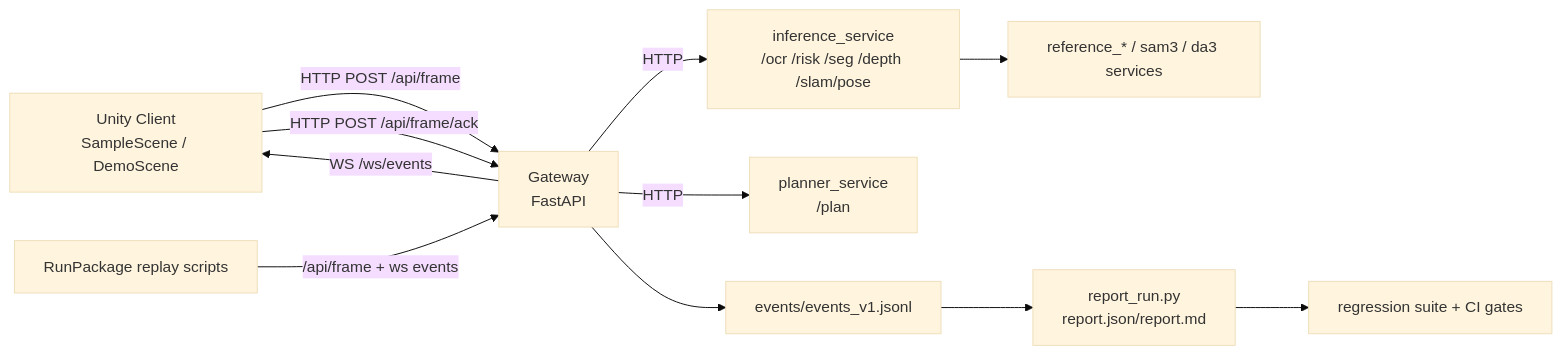
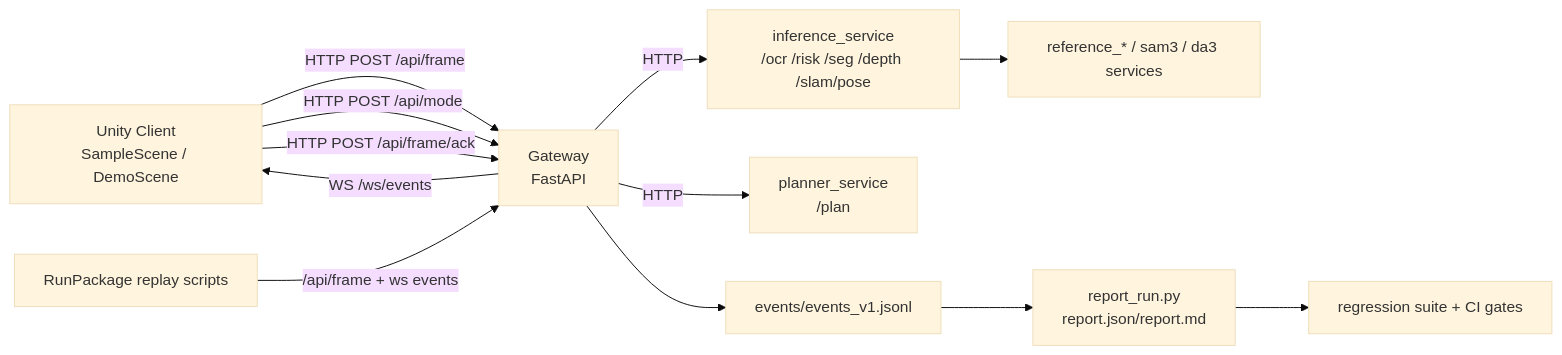
One commit to Xuanma0/Project-Be-your-eyes changed the diagram in README.md. Above: the diagram before and after it, drawn with Mermaid (base theme). The commit also changed other lines of this file and 16 other files, not shown here.

Commit message:
feat(v4.90): mode-synced active perception profile (per-target keyframes) + gateway mode state + unity /api/mode wiring + docs/tests

````diff
--- a/README.md
+++ b/README.md
@@ -18,20 +18,21 @@
 ```mermaid
 flowchart LR
   U[Unity Client
 SampleScene / DemoScene] -->|HTTP POST /api/frame| G[Gateway
 FastAPI]
+  U -->|HTTP POST /api/mode| G
   G -->|WS /ws/events| U
   U -->|HTTP POST /api/frame/ack| G
 
   G -->|HTTP| I[inference_service
 /ocr /risk /seg /depth /slam/pose]
   G -->|HTTP| P[planner_service
 /plan]
   I --> RS[reference_* / sam3 / da3 services]
 
   R[RunPackage replay scripts] -->|/api/frame + ws events| G
   G --> E[events/events_v1.jsonl]
   E --> REP[report_run.py
 report.json/report.md]
   REP --> REG[regression suite + CI gates]
 ```
````
